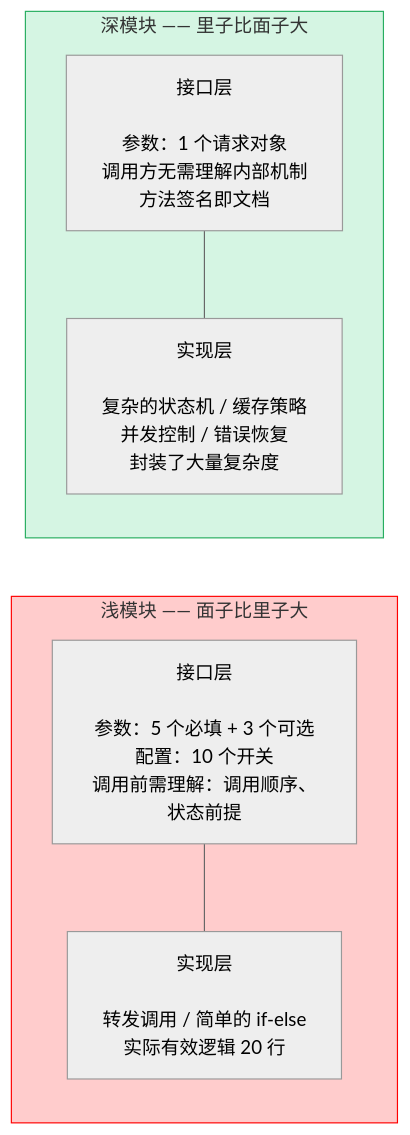
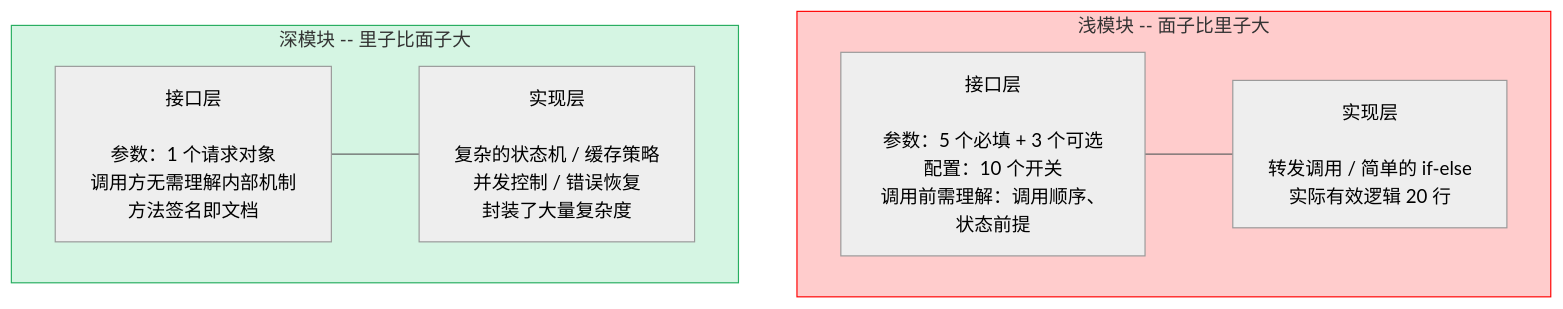
One commit to BobcGn/BobcGn-Blogs changed the sixth of 15 diagrams in content/开发学习/开发原理、套件/全域架构观：从产品定义到系统演进的决策闭环.md. Above: the diagram before and after it, drawn with Mermaid (neutral theme). The commit also changed other lines of this file, not shown here.

````diff
--- a/content/开发学习/开发原理、套件/全域架构观：从产品定义到系统演进的决策闭环.md
+++ b/content/开发学习/开发原理、套件/全域架构观：从产品定义到系统演进的决策闭环.md
@@ -269,19 +269,17 @@
 ```mermaid
-flowchart LR
-    subgraph Shallow["浅模块 —— 面子比里子大"]
-        direction TB
-        S_INT["接口层\n\n参数：5 个必填 + 3 个可选\n配置：10 个开关\n调用前需理解：调用顺序、状态前提"]
-        S_IMPL["实现层\n\n转发调用 / 简单的 if-else\n实际有效逻辑 20 行"]
+flowchart TB
+    subgraph Shallow["浅模块 -- 面子比里子大"]
+        S_INT["接口层<br/><br/>参数：5 个必填 + 3 个可选<br/>配置：10 个开关<br/>调用前需理解：调用顺序、状态前提"]
+        S_IMPL["实现层<br/><br/>转发调用 / 简单的 if-else<br/>实际有效逻辑 20 行"]
         S_INT --- S_IMPL
     end
 
-    subgraph Deep["深模块 —— 里子比面子大"]
-        direction TB
-        D_INT["接口层\n\n参数：1 个请求对象\n调用方无需理解内部机制\n方法签名即文档"]
-        D_IMPL["实现层\n\n复杂的状态机 / 缓存策略\n并发控制 / 错误恢复\n封装了大量复杂度"]
+    subgraph Deep["深模块 -- 里子比面子大"]
+        D_INT["接口层<br/><br/>参数：1 个请求对象<br/>调用方无需理解内部机制<br/>方法签名即文档"]
+        D_IMPL["实现层<br/><br/>复杂的状态机 / 缓存策略<br/>并发控制 / 错误恢复<br/>封装了大量复杂度"]
         D_INT --- D_IMPL
     end
 
     style Shallow fill:#ffcccc,stroke:#ff0000
     style Deep fill:#d5f5e3,stroke:#27ae60
 ```
````
